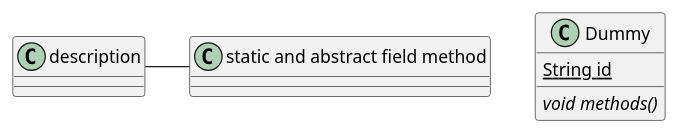
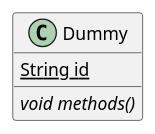
The ninth of 38 diagrams in PlantUML/클래스-다이어그램.md (sogeuni/_wiki), drawn with PlantUML before and after one commit. The commit also changed other lines of this file, not shown here.

Commit message:
Updated 클래스 다이어그램 (markdown)

```diff
--- a/PlantUML/클래스-다이어그램.md
+++ b/PlantUML/클래스-다이어그램.md
@@ -224,7 +216,6 @@
 @startuml
-description - "static and abstract field method"
 class Dummy {
   {static} String id
   {abstract} void methods()
 }
 @enduml
```
